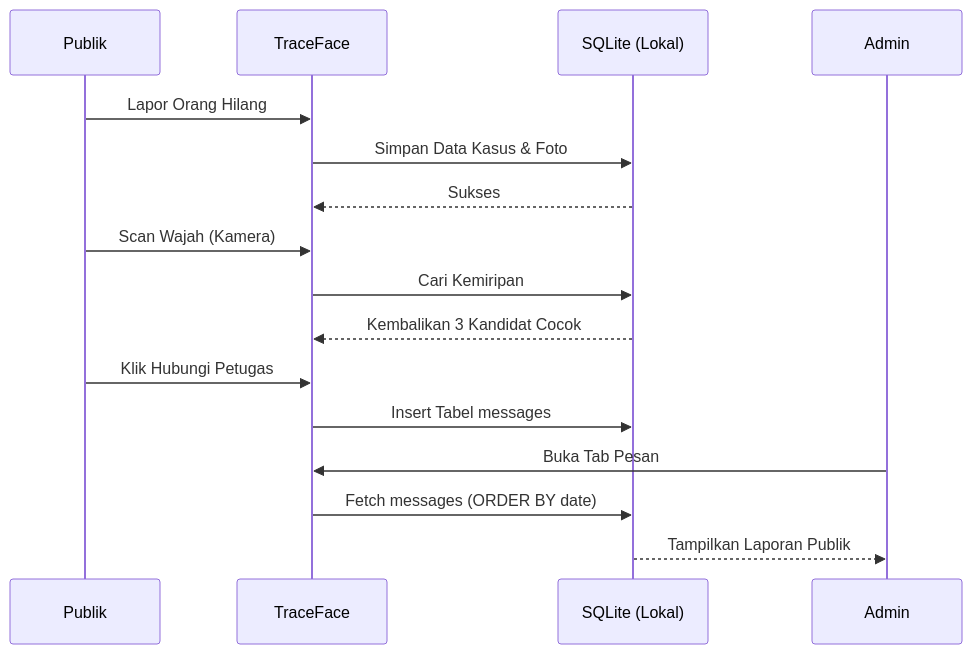
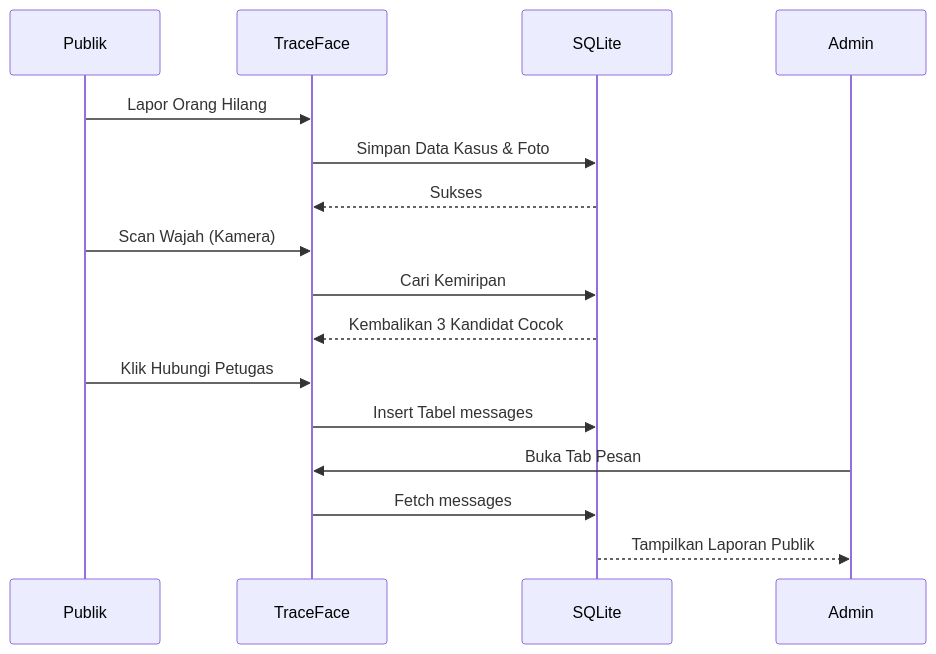
The second of 2 diagrams in README.md (alfaragatak87/traceface), drawn with Mermaid before and after one commit. The commit also changed other lines of this file, not shown here.

Commit message:
Simplify Mermaid syntax to ensure GitHub compatibility

````diff
--- a/README.md
+++ b/README.md
@@ -77,22 +77,22 @@
 ```mermaid
 sequenceDiagram
     participant Publik
     participant TraceFace
-    participant SQLite as SQLite (Lokal)
+    participant SQLite
     participant Admin
     
     Publik->>TraceFace: Lapor Orang Hilang
     TraceFace->>SQLite: Simpan Data Kasus & Foto
     SQLite-->>TraceFace: Sukses
     
     Publik->>TraceFace: Scan Wajah (Kamera)
     TraceFace->>SQLite: Cari Kemiripan
     SQLite-->>TraceFace: Kembalikan 3 Kandidat Cocok
     
     Publik->>TraceFace: Klik Hubungi Petugas
     TraceFace->>SQLite: Insert Tabel messages
     
     Admin->>TraceFace: Buka Tab Pesan
-    TraceFace->>SQLite: Fetch messages (ORDER BY date)
+    TraceFace->>SQLite: Fetch messages
     SQLite-->>Admin: Tampilkan Laporan Publik
 ```
````
